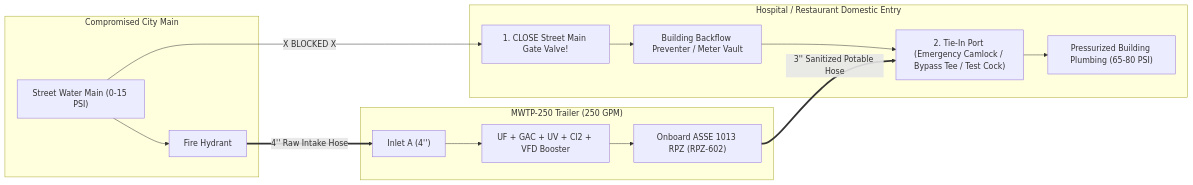
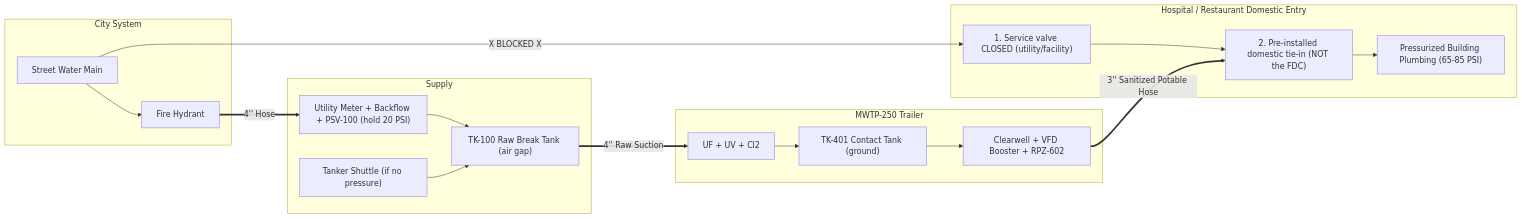
One commit to jefrix/ameripro changed the diagram in mwt/MWTP_250_Hospital_Restaurant_Tie_In_SOP.md. Above: the diagram before and after it, drawn with Mermaid. The commit also changed other lines of this file and 10 other files, not shown here.

````diff
--- a/mwt/MWTP_250_Hospital_Restaurant_Tie_In_SOP.md
+++ b/mwt/MWTP_250_Hospital_Restaurant_Tie_In_SOP.md
@@ -45,28 +55,35 @@
 ```mermaid
 flowchart LR
-    subgraph City["Compromised City Main"]
-        CM["Street Water Main (0-15 PSI)"]
+    subgraph City["City System"]
+        CM["Street Water Main"]
         HYD["Fire Hydrant"]
         CM --> HYD
     end
 
-    subgraph Trailer["MWTP-250 Trailer (250 GPM)"]
-        IN["Inlet A (4'')"]
-        TREAT["UF + GAC + UV + Cl2 + VFD Booster"]
-        RPZ_T["Onboard ASSE 1013 RPZ (RPZ-602)"]
-        IN --> TREAT --> RPZ_T
+    subgraph Supply["Supply"]
+        PSV["Utility Meter + Backflow + PSV-100 (hold 20 PSI)"]
+        TK100["TK-100 Raw Break Tank (air gap)"]
+        TANKER["Tanker Shuttle (if no pressure)"]
+        PSV --> TK100
+        TANKER --> TK100
+    end
+
+    subgraph Trailer["MWTP-250 Trailer"]
+        TREAT["UF + UV + Cl2"]
+        CT["TK-401 Contact Tank (ground)"]
+        BOOST["Clearwell + VFD Booster + RPZ-602"]
+        TREAT --> CT --> BOOST
     end
 
     subgraph Facility["Hospital / Restaurant Domestic Entry"]
-        V_ISO["1. CLOSE Street Main Gate Valve!"]
-        BP["Building Backflow Preventer / Meter Vault"]
-        PORT["2. Tie-In Port (Emergency Camlock / Bypass Tee / Test Cock)"]
-        DIST["Pressurized Building Plumbing (65-80 PSI)"]
-        
+        V_ISO["1. Service valve CLOSED (utility/facility)"]
+        PORT["2. Pre-installed domestic tie-in (NOT the FDC)"]
+        DIST["Pressurized Building Plumbing (65-85 PSI)"]
         CM -- "X BLOCKED X" --> V_ISO
-        V_ISO --> BP --> PORT --> DIST
+        V_ISO --> PORT --> DIST
     end
 
-    HYD == "4'' Raw Intake Hose" ==> IN
-    RPZ_T == "3'' Sanitized Potable Hose" ==> PORT
+    HYD == "4'' Hose" ==> PSV
+    TK100 == "4'' Raw Suction" ==> TREAT
+    BOOST == "3'' Sanitized Potable Hose" ==> PORT
 ```
````
